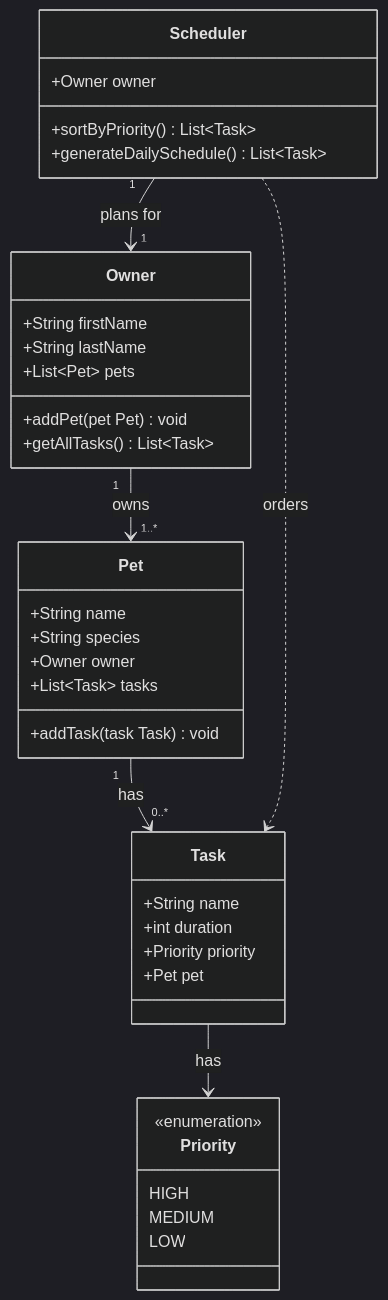
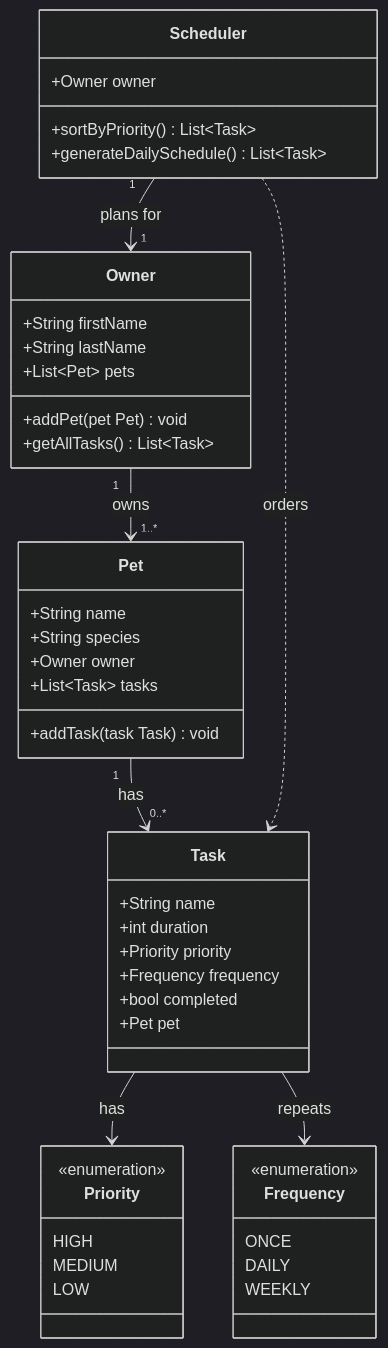
Before and after one commit to Toshia000/ai110-module2show-pawpal-starter: the diagram in diagrams/uml_draft.mmd, drawn with Mermaid (dark theme). The commit also changed 2 other files, not shown here.

Commit message:
Add frequency and completion status attributes to a Task class

```diff
--- a/diagrams/uml_draft.mmd
+++ b/diagrams/uml_draft.mmd
@@ -1,42 +1,52 @@
 classDiagram
     class Owner {
         +String firstName
         +String lastName
         +List~Pet~ pets
         +addPet(pet Pet) void
         +getAllTasks() List~Task~
     }
 
     class Pet {
         +String name
         +String species
         +Owner owner
         +List~Task~ tasks
         +addTask(task Task) void
     }
 
     class Task {
         +String name
         +int duration
         +Priority priority
+        +Frequency frequency
+        +bool completed
         +Pet pet
     }
 
     class Priority {
         <<enumeration>>
         HIGH
         MEDIUM
         LOW
+    }
+
+    class Frequency {
+        <<enumeration>>
+        ONCE
+        DAILY
+        WEEKLY
     }
 
     class Scheduler {
         +Owner owner
         +sortByPriority() List~Task~
         +generateDailySchedule() List~Task~
     }
 
     Owner "1" --> "1..*" Pet : owns
     Pet "1" --> "0..*" Task : has
     Scheduler "1" --> "1" Owner : plans for
     Scheduler ..> Task : orders
     Task --> Priority : has
+    Task --> Frequency : repeats
```
